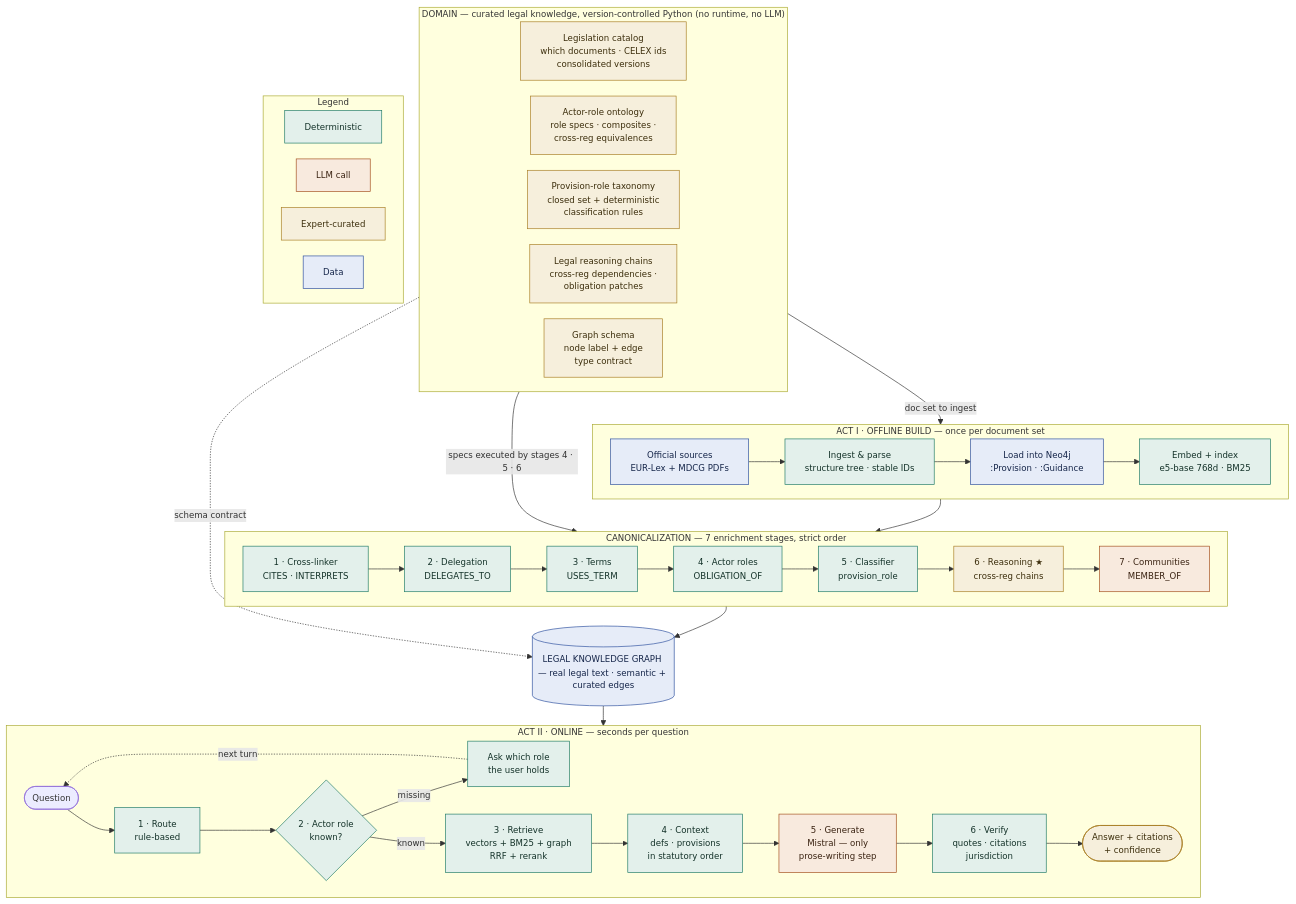
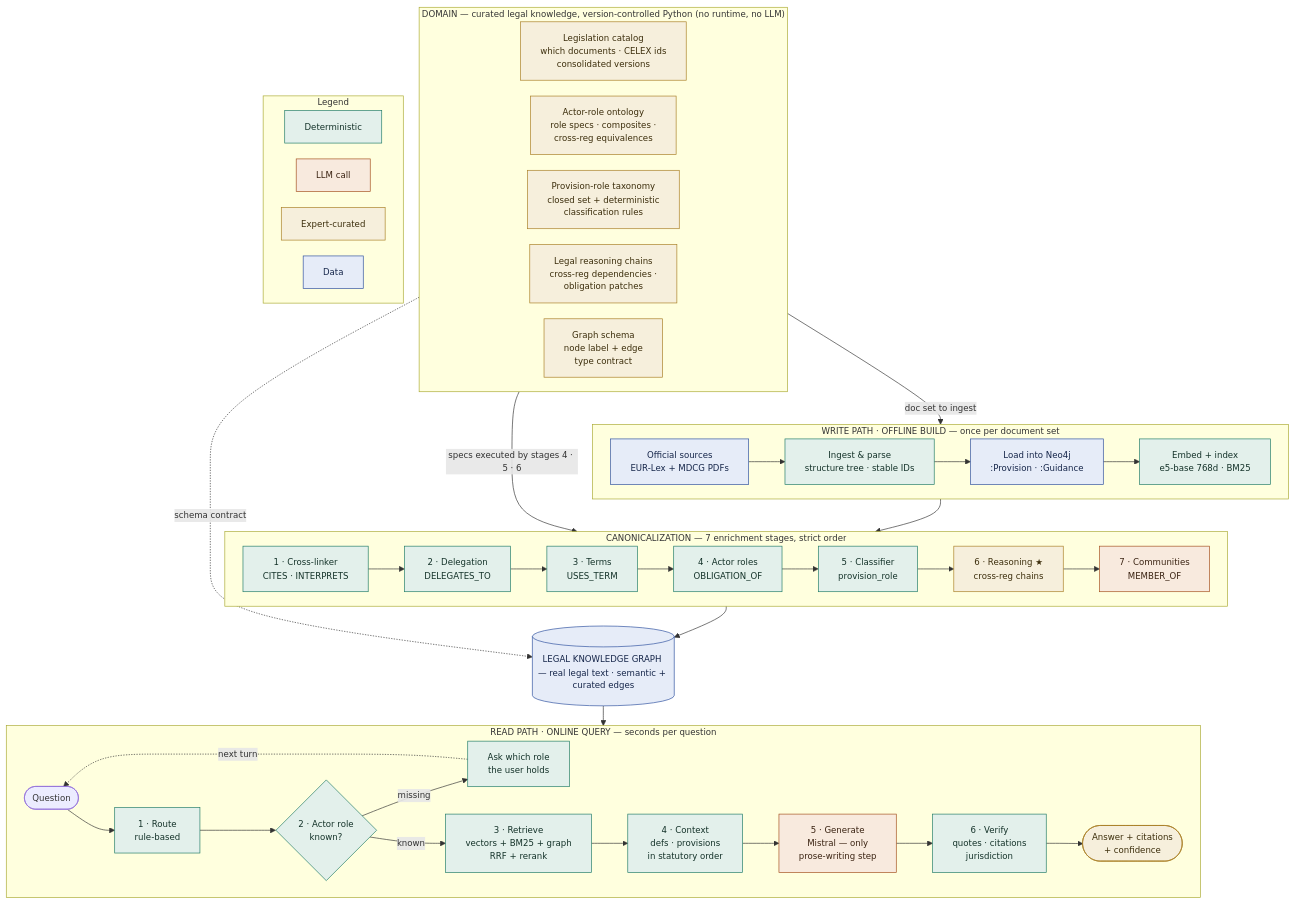
One commit to dbarrau/crss_mvp_new changed the diagram in README.md. Above: the diagram before and after it, drawn with Mermaid. The commit also changed other lines of this file, not shown here.

First line of the commit message:
docs(readme): reframe architecture as write path / read path

````diff
--- a/README.md
+++ b/README.md
@@ -14,73 +14,73 @@
 ```mermaid
 %%{init: {"flowchart": {"nodeSpacing": 24, "rankSpacing": 30, "curve": "basis"}, "themeVariables": {"fontSize": "13px", "fontFamily": "Helvetica Neue, Arial"}}}%%
 flowchart TB
 
 subgraph DOMAIN["DOMAIN — curated legal knowledge, version-controlled Python (no runtime, no LLM)"]
     direction LR
     CAT["Legislation catalog<br/>which documents · CELEX ids<br/>consolidated versions"]:::cur
     RSPEC["Actor-role ontology<br/>role specs · composites ·<br/>cross-reg equivalences"]:::cur
     TAXO["Provision-role taxonomy<br/>closed set + deterministic<br/>classification rules"]:::cur
     CHAINS["Legal reasoning chains<br/>cross-reg dependencies ·<br/>obligation patches"]:::cur
     SCHEMA["Graph schema<br/>node label + edge<br/>type contract"]:::cur
 end
 
-subgraph BUILD["ACT I · OFFLINE BUILD — once per document set"]
+subgraph BUILD["WRITE PATH · OFFLINE BUILD — once per document set"]
     direction LR
     SRC["Official sources<br/>EUR-Lex + MDCG PDFs"]:::store
     PARSE["Ingest &amp; parse<br/>structure tree · stable IDs"]:::det
     LOAD["Load into Neo4j<br/>:Provision · :Guidance"]:::store
     EMBED["Embed + index<br/>e5-base 768d · BM25"]:::det
     SRC --> PARSE --> LOAD --> EMBED
 end
 
 subgraph CANON["CANONICALIZATION — 7 enrichment stages, strict order"]
     direction LR
     C1["1 · Cross-linker<br/>CITES · INTERPRETS"]:::det
     C2["2 · Delegation<br/>DELEGATES_TO"]:::det
     C3["3 · Terms<br/>USES_TERM"]:::det
     C4["4 · Actor roles<br/>OBLIGATION_OF"]:::det
     C5["5 · Classifier<br/>provision_role"]:::det
     C6["6 · Reasoning ★<br/>cross-reg chains"]:::cur
     C7["7 · Communities<br/>MEMBER_OF"]:::llm
     C1 --> C2 --> C3 --> C4 --> C5 --> C6 --> C7
 end
 
 KG[("LEGAL KNOWLEDGE GRAPH — real legal text · semantic + curated edges")]:::store
 
-subgraph QUERY["ACT II · ONLINE — seconds per question"]
+subgraph QUERY["READ PATH · ONLINE QUERY — seconds per question"]
     direction LR
     Q(["Question"])
     ROUTE["1 · Route<br/>rule-based"]:::det
     GATE{"2 · Actor role<br/>known?"}:::det
     ASK["Ask which role<br/>the user holds"]:::det
     RETR["3 · Retrieve<br/>vectors + BM25 + graph<br/>RRF + rerank"]:::det
     CTX["4 · Context<br/>defs · provisions<br/>in statutory order"]:::det
     GEN["5 · Generate<br/>Mistral — only<br/>prose-writing step"]:::llm
     VER["6 · Verify<br/>quotes · citations<br/>jurisdiction"]:::det
     ANS(["Answer + citations<br/>+ confidence"]):::cur
 
     Q --> ROUTE --> GATE
     GATE -- "missing" --> ASK
     ASK -. "next turn" .-> Q
     GATE -- "known" --> RETR
     RETR --> CTX --> GEN --> VER --> ANS
 end
 
 DOMAIN -- "doc set to ingest" --> BUILD
 DOMAIN -- "specs executed by stages 4 · 5 · 6" --> CANON
 DOMAIN -. "schema contract" .-> KG
 BUILD --> CANON --> KG --> QUERY
 
 subgraph LEGEND["Legend"]
     direction LR
     LD["Deterministic"]:::det
     LL["LLM call"]:::llm
     LC["Expert-curated"]:::cur
     LS["Data"]:::store
 end
 
 classDef det fill:#E3F0EB,stroke:#1F7A66,color:#143229
 classDef llm fill:#F8EADE,stroke:#A34E1C,color:#3A2312
 classDef cur fill:#F6EFDC,stroke:#A87E24,color:#3C2E0C
 classDef store fill:#E6ECF8,stroke:#2C4E9E,color:#16264A
 ```
````
